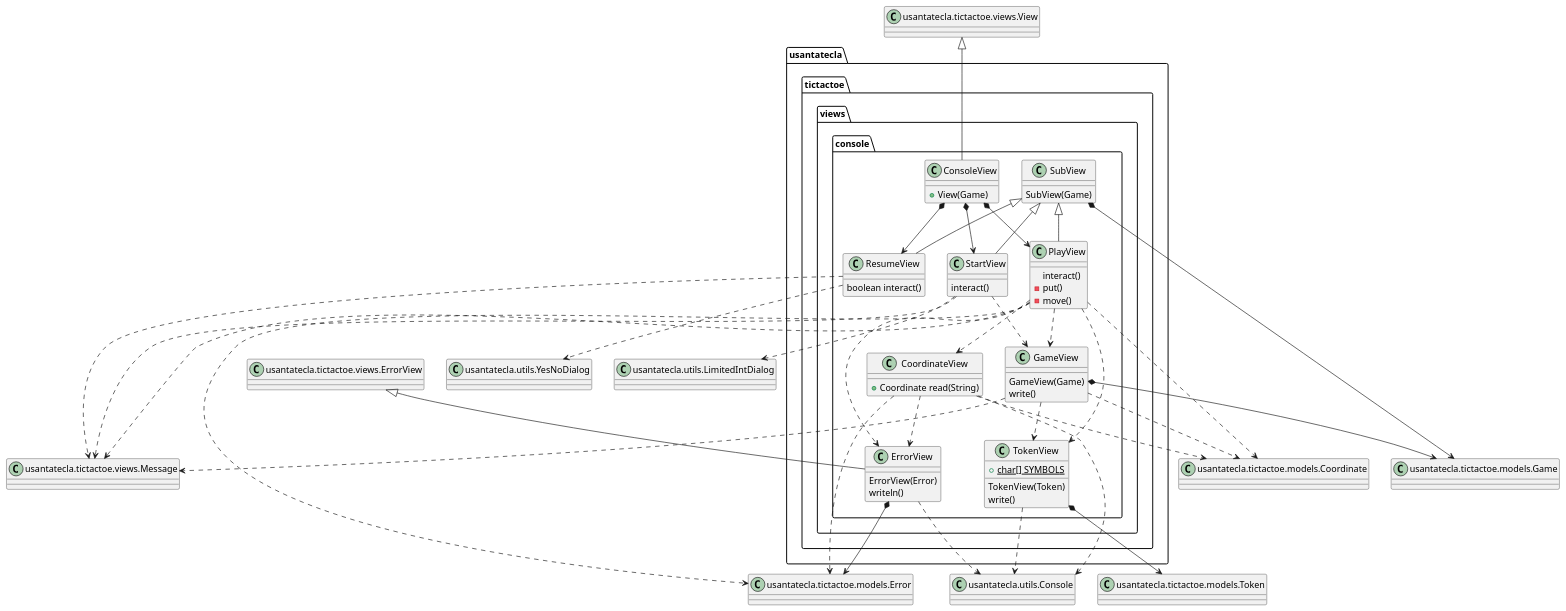
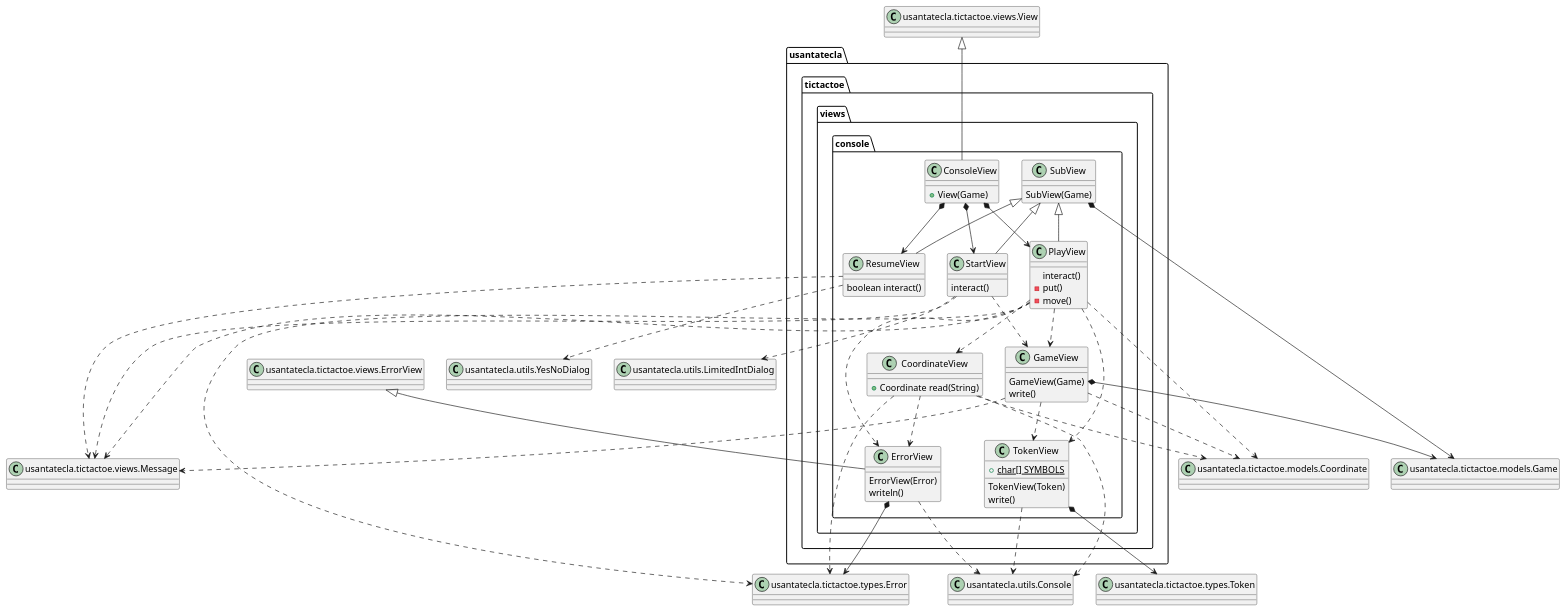
Before and after one commit to Jolucaa/USantaTecla-project-ticTacToe: the third of 6 diagrams in documentView/withoutFactoryMethod/docs/diagrams/src/paquetes.plantuml, drawn with PlantUML. The commit also changed other lines of this file and 41 other files, not shown here.

Commit message:
[mvp.pm.withFacade] Types package added. Started with documentation - Models, types, controllers and utils left

```diff
--- a/documentView/withoutFactoryMethod/docs/diagrams/src/paquetes.plantuml
+++ b/documentView/withoutFactoryMethod/docs/diagrams/src/paquetes.plantuml
@@ -80,122 +80,122 @@
 @startuml tictactoe.views.console
 class usantatecla.tictactoe.views.console.CoordinateView {
 
     + Coordinate read(String)
 
 }
 
 usantatecla.tictactoe.views.console.CoordinateView ..> usantatecla.tictactoe.views.console.ErrorView
 
 class Coordinate as "usantatecla.tictactoe.models.Coordinate"
-class Error as "usantatecla.tictactoe.models.Error"
+class Error as "usantatecla.tictactoe.types.Error"
 class Console as "usantatecla.utils.Console"
 
 usantatecla.tictactoe.views.console.CoordinateView ..> Console
 usantatecla.tictactoe.views.console.CoordinateView ..> Error
 usantatecla.tictactoe.views.console.CoordinateView ..> Coordinate
 
 class usantatecla.tictactoe.views.console.ErrorView {
 
 	ErrorView(Error)
 	writeln()
 
 }
 
 class ErrorView as "usantatecla.tictactoe.views.ErrorView"
 
 ErrorView <|-- usantatecla.tictactoe.views.console.ErrorView
 usantatecla.tictactoe.views.console.ErrorView ..> Console
 usantatecla.tictactoe.views.console.ErrorView *--> Error
 
 class usantatecla.tictactoe.views.console.GameView {
 
     GameView(Game)
 	write()
 
 }
 
 class Game as "usantatecla.tictactoe.models.Game"
 class Message as "usantatecla.tictactoe.views.Message"
 
 usantatecla.tictactoe.views.console.GameView *--> Game
 usantatecla.tictactoe.views.console.GameView ..> Coordinate
 usantatecla.tictactoe.views.console.GameView ..> Message
 usantatecla.tictactoe.views.console.GameView ..> usantatecla.tictactoe.views.console.TokenView
 
 class usantatecla.tictactoe.views.console.SubView {
 
 	SubView(Game)
 
 }
 
 usantatecla.tictactoe.views.console.SubView *--> Game
 
 class usantatecla.tictactoe.views.console.PlayView {
 
     interact()
     - put()
     - move()
 
 }
 
 usantatecla.tictactoe.views.console.SubView <|-- usantatecla.tictactoe.views.console.PlayView
 usantatecla.tictactoe.views.console.PlayView ..> Coordinate
 usantatecla.tictactoe.views.console.PlayView ..> Message
 usantatecla.tictactoe.views.console.PlayView ..> Error
 usantatecla.tictactoe.views.console.PlayView ..> usantatecla.tictactoe.views.console.ErrorView
 usantatecla.tictactoe.views.console.PlayView ..> usantatecla.tictactoe.views.console.CoordinateView
 usantatecla.tictactoe.views.console.PlayView ..> usantatecla.tictactoe.views.console.GameView
 usantatecla.tictactoe.views.console.PlayView ..> usantatecla.tictactoe.views.console.TokenView
 
 class usantatecla.tictactoe.views.console.ResumeView {
 
 	boolean interact()
 
 }
 
 class YesNoDialog as "usantatecla.utils.YesNoDialog"
 
 usantatecla.tictactoe.views.console.SubView <|-- usantatecla.tictactoe.views.console.ResumeView
 usantatecla.tictactoe.views.console.ResumeView ..> Message
 usantatecla.tictactoe.views.console.ResumeView ..> YesNoDialog
 
 class usantatecla.tictactoe.views.console.StartView {
 
 	interact()
 
 }
 
 class LimitedIntDialog as "usantatecla.utils.LimitedIntDialog"
 
 usantatecla.tictactoe.views.console.SubView <|-- usantatecla.tictactoe.views.console.StartView
 usantatecla.tictactoe.views.console.StartView ..> Message
 usantatecla.tictactoe.views.console.StartView ..> LimitedIntDialog
 usantatecla.tictactoe.views.console.StartView ..> usantatecla.tictactoe.views.console.GameView
 
 class usantatecla.tictactoe.views.console.TokenView {
 
 	+ {static} char[] SYMBOLS
 
 	TokenView(Token)
 	write()
 
 }
 
-class Token as "usantatecla.tictactoe.models.Token"
+class Token as "usantatecla.tictactoe.types.Token"
 
 usantatecla.tictactoe.views.console.TokenView *--> Token
 usantatecla.tictactoe.views.console.TokenView ..> Console
 
 class usantatecla.tictactoe.views.console.ConsoleView {
 
 	+ View(Game)
 
 }
 
 class View as "usantatecla.tictactoe.views.View"
 
 View <|-- usantatecla.tictactoe.views.console.ConsoleView
 usantatecla.tictactoe.views.console.ConsoleView *--> usantatecla.tictactoe.views.console.ResumeView
 usantatecla.tictactoe.views.console.ConsoleView *--> usantatecla.tictactoe.views.console.PlayView
 usantatecla.tictactoe.views.console.ConsoleView *--> usantatecla.tictactoe.views.console.StartView
 @enduml
```
